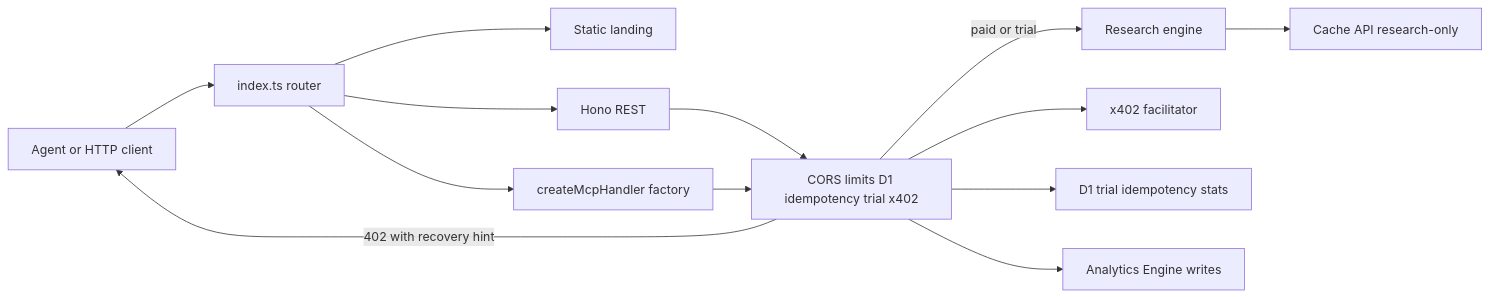
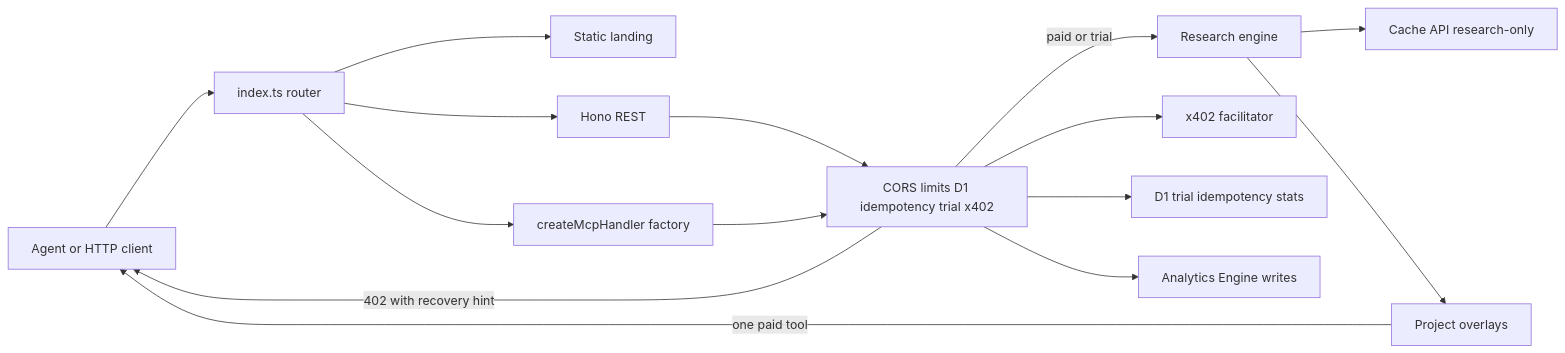
One commit to EnkiduHub/MentionForge changed the diagram in README.md. Above: the diagram before and after it, drawn with Mermaid. The commit also changed other lines of this file and 75 other files, not shown here.

````diff
--- a/README.md
+++ b/README.md
@@ -101,27 +109,30 @@
 ```mermaid
 flowchart LR
   Agent[Agent or HTTP client]
   Fetch[index.ts router]
   Assets[Static landing]
   Hono[Hono REST]
   MCP[createMcpHandler factory]
   Gate[CORS limits D1 idempotency trial x402]
   Engine[Research engine]
+  Project[Project overlays]
   Cache[Cache API research-only]
   Facil[x402 facilitator]
   D1[D1 trial idempotency stats]
   AE[Analytics Engine writes]
 
   Agent --> Fetch
   Fetch --> Assets
   Fetch --> Hono
   Fetch --> MCP
   Hono --> Gate
   MCP --> Gate
   Gate -->|402 with recovery hint| Agent
   Gate -->|paid or trial| Engine
   Engine --> Cache
+  Engine --> Project
+  Project -->|one paid tool| Agent
   Gate --> Facil
   Gate --> D1
   Gate --> AE
 ```
````
